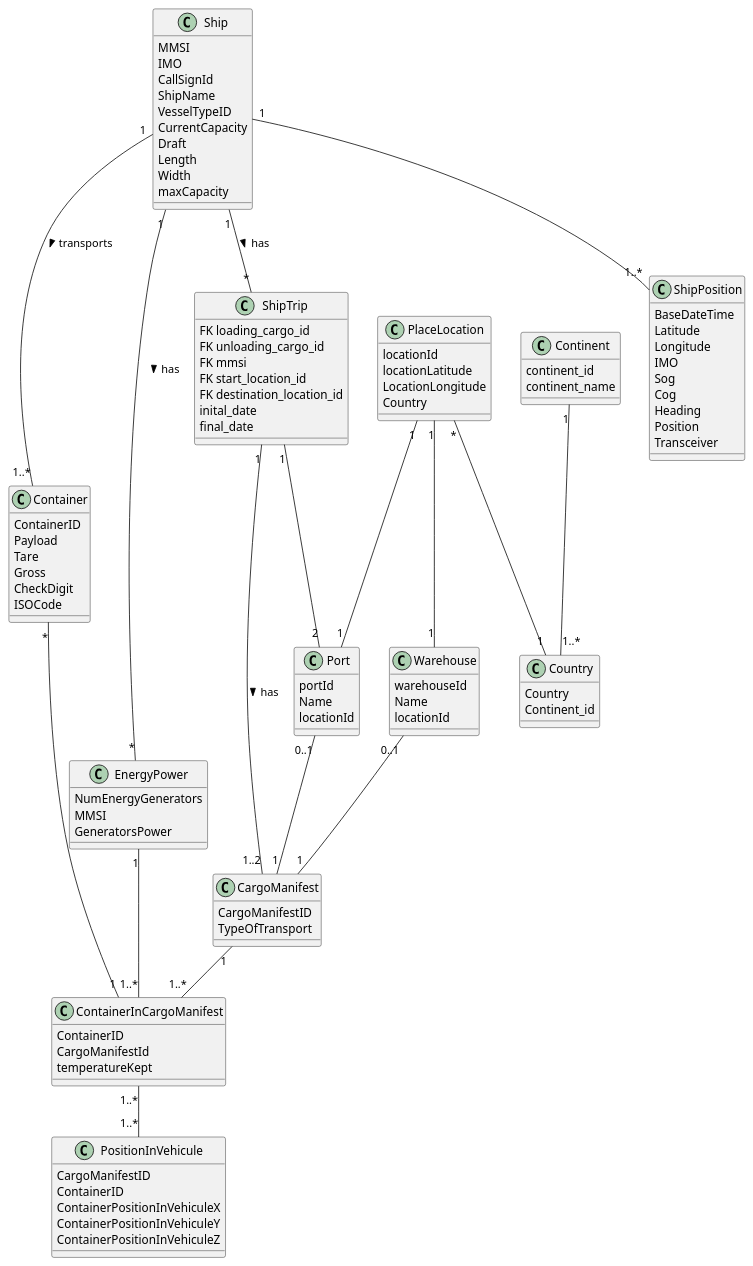
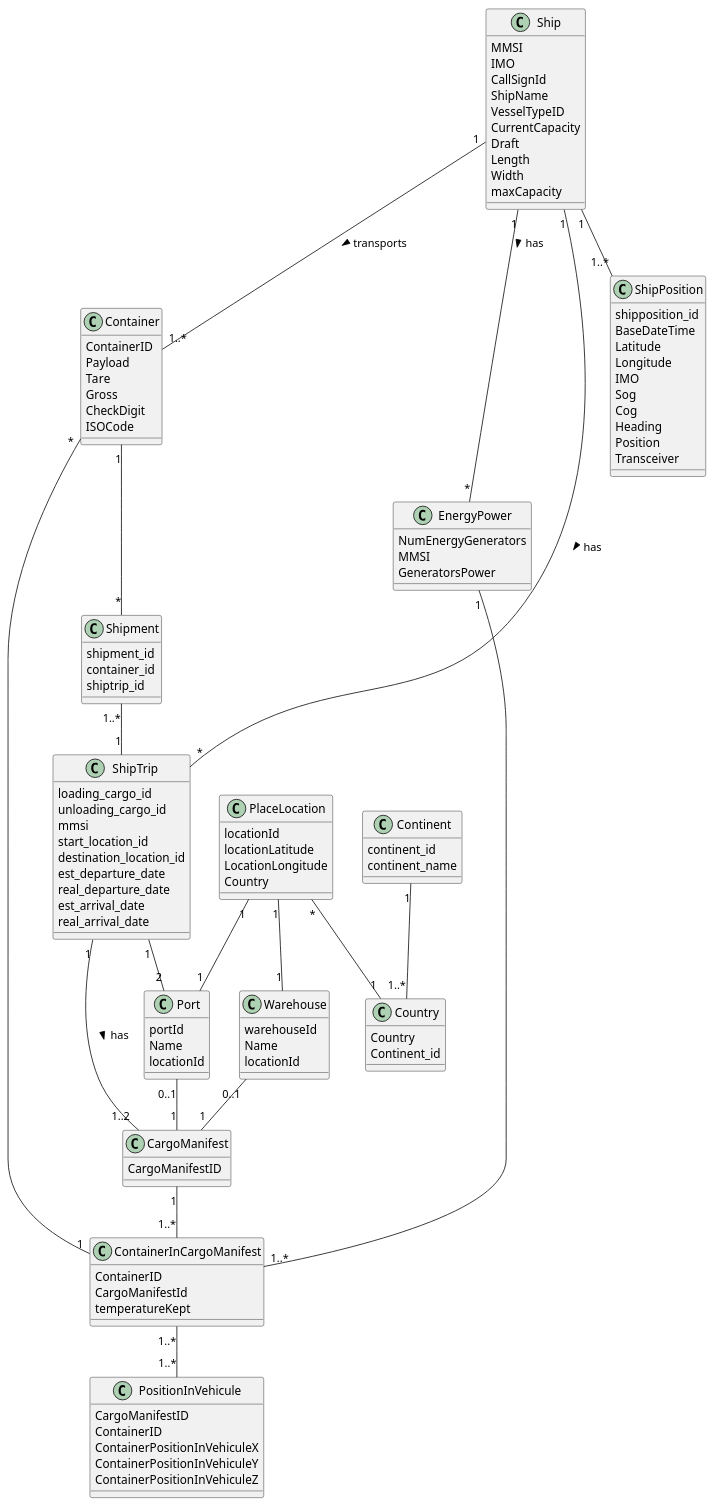
Before and after one commit to ana-albergaria/LAPR3-ISEP: the diagram in docs/US203/Conceptual_Model.puml, drawn with PlantUML. The commit also changed 10 other files, not shown here.

```diff
--- a/docs/US203/Conceptual_Model.puml
+++ b/docs/US203/Conceptual_Model.puml
@@ -1,152 +1,161 @@
 @startuml
 'https://plantuml.com/class-diagram
 
 /'class Company{
 
 }'/
 
 
 class Ship{
     MMSI
     IMO
     CallSignId
     ShipName
     VesselTypeID
     CurrentCapacity
     Draft
     Length
     Width
     maxCapacity
 }
 
 class ShipTrip{
-    FK loading_cargo_id
-    FK unloading_cargo_id
-    FK mmsi
-    FK start_location_id
-    FK destination_location_id
-    inital_date
-    final_date
+    loading_cargo_id
+    unloading_cargo_id
+    mmsi
+    start_location_id
+    destination_location_id
+    est_departure_date
+    real_departure_date
+    est_arrival_date
+    real_arrival_date
+}
+class Shipment{
+    shipment_id
+    container_id
+    shiptrip_id
 }
 
 
+
 class ShipPosition{
+    shipposition_id
     BaseDateTime
     Latitude
     Longitude
     IMO
     Sog
     Cog
     Heading
     Position
     Transceiver
 }
 
 class Container{
     ContainerID
     Payload
     Tare
     Gross
     CheckDigit
     ISOCode
     /'locationId'/
 }
 
 
 class EnergyPower{
     NumEnergyGenerators
     MMSI
     GeneratorsPower
 }
 /'refrigeration state is ambigous'/
 
 /'manifest type(loading, unloading) changes its values'/
 class CargoManifest{
     CargoManifestID
-    TypeOfTransport
 }
 
 class PositionInVehicule{
     CargoManifestID
     ContainerID
     ContainerPositionInVehiculeX
     ContainerPositionInVehiculeY
     ContainerPositionInVehiculeZ
 }
 
 class Port {
     portId
     Name
     locationId
 }
 
 class Warehouse {
     warehouseId
     Name
    locationId
 }
 
 class Country{
     Country
     Continent_id
 }
 
 class Continent{
     continent_id
     continent_name
 }
 
 class PlaceLocation{
     locationId
     locationLatitude
     LocationLongitude
     Country
 }
 
 class ContainerInCargoManifest{
     ContainerID
     CargoManifestId
     temperatureKept
 }
 
 
 /'class Truck{
     truckID
 }
 
 class Transports{
     truckId FK
     warehouseId FK
 }'/
 
 
 
 
 Ship "1" -- "1..*" Container : transports >
 Ship "1" -- "1..*" ShipPosition
 ShipTrip "1" -- "1..2" CargoManifest : has >
 ShipTrip "1" -- "2" Port
 
 Ship "1" -- "*" ShipTrip : has >
 CargoManifest "1" -- "1..*" ContainerInCargoManifest
 Container "*" -- "1" ContainerInCargoManifest
 /'Truck "1" -- "1..*" CargoManifest'/
 /'
 Truck "*" -- "1" Container
 '/
 Port "0..1" -- "1" CargoManifest
 Warehouse "0..1" -- "1" CargoManifest
 PlaceLocation "*" -- "1" Country
 Continent "1" -- "1..*" Country
 PlaceLocation "1" -- "1" Port
 PlaceLocation "1" -- "1" Warehouse
 
 /'Relacoes N para N, falta relacao'/
 /'
 Truck "1..*" -- "1..*" Warehouse
 '/
 Ship "1" -- "*" EnergyPower : has >
 ContainerInCargoManifest "1..*" -- "1..*" PositionInVehicule
 EnergyPower "1" -- "1..*" ContainerInCargoManifest
-
+Container "1" -- "*" Shipment
+Shipment "1..*" -- "1" ShipTrip
 @enduml
```
